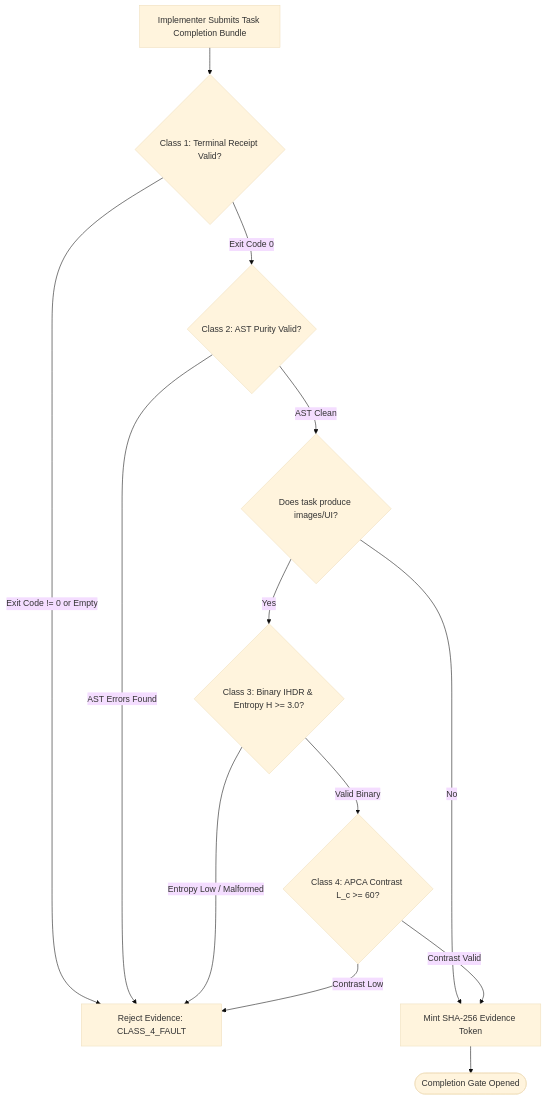
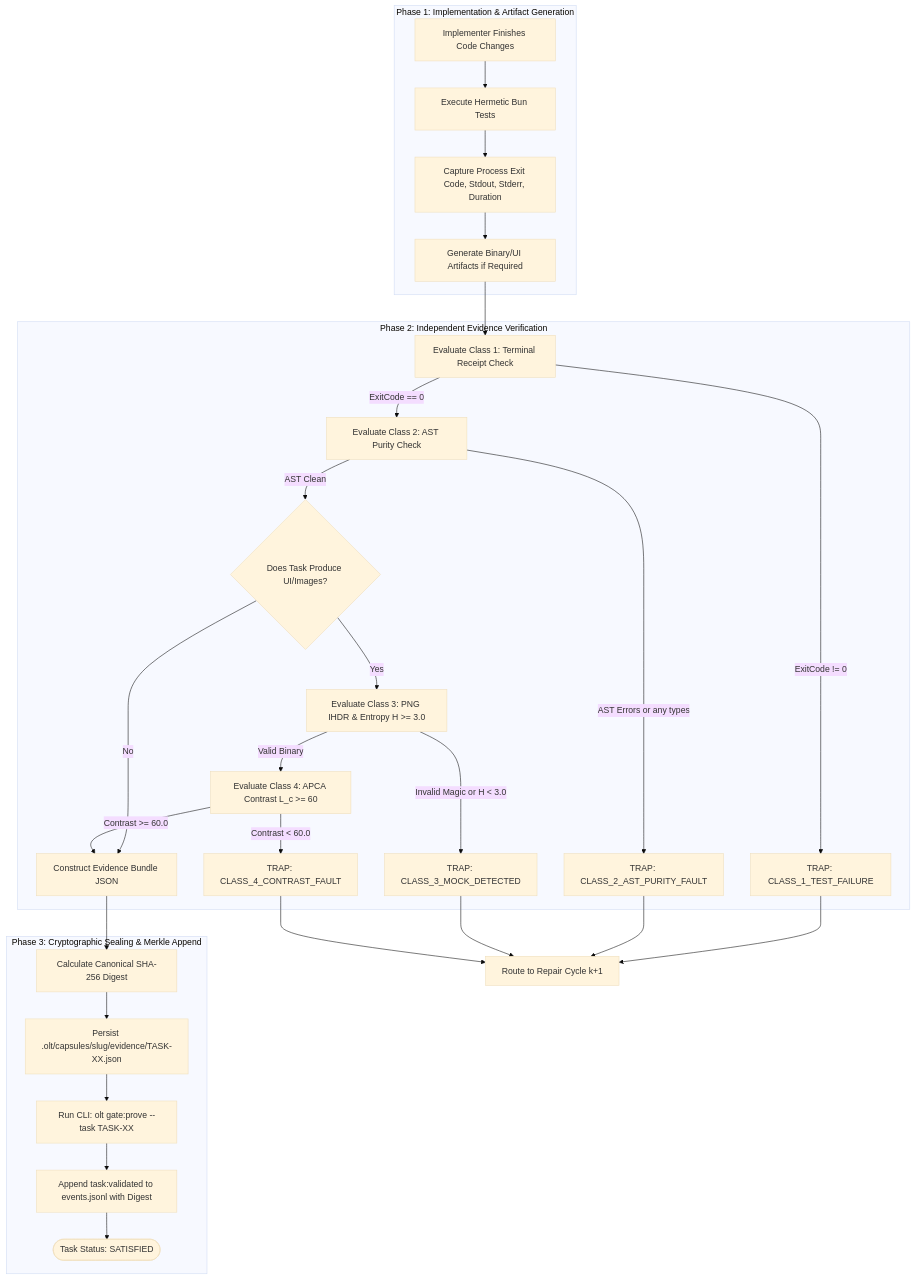
One commit to onurseckin/skills changed the diagram in docs/olt/architecture/09-falsifiable-evidence-gates/09-01-falsifiable-evidence-classes.md. Above: the diagram before and after it, drawn with Mermaid (base theme). The commit also changed other lines of this file and 83 other files, not shown here.

````diff
--- a/docs/olt/architecture/09-falsifiable-evidence-gates/09-01-falsifiable-evidence-classes.md
+++ b/docs/olt/architecture/09-falsifiable-evidence-gates/09-01-falsifiable-evidence-classes.md
@@ -52,20 +98,39 @@
 ```mermaid
 flowchart TD
-    TaskSubmission[Implementer Submits Task Completion Bundle] --> Class1Check{Class 1: Terminal Receipt Valid?}
-    Class1Check -->|Exit Code != 0 or Empty| Fail[Reject Evidence: CLASS_1_FAULT]
-    Class1Check -->|Exit Code 0| Class2Check{Class 2: AST Purity Valid?}
+    subgraph Execution["Phase 1: Implementation & Artifact Generation"]
+        A[Implementer Finishes Code Changes] --> B[Execute Hermetic Bun Tests]
+        B --> C[Capture Process Exit Code, Stdout, Stderr, Duration]
+        C --> D[Generate Binary/UI Artifacts if Required]
+    end
 
-    Class2Check -->|AST Errors Found| Fail[Reject Evidence: CLASS_2_FAULT]
-    Class2Check -->|AST Clean| ArtifactCheck{Does task produce images/UI?}
+    subgraph Verification["Phase 2: Independent Evidence Verification"]
+        D --> E[Evaluate Class 1: Terminal Receipt Check]
+        E -->|ExitCode != 0| F1[TRAP: CLASS_1_TEST_FAILURE]
+        E -->|ExitCode == 0| G[Evaluate Class 2: AST Purity Check]
 
-    ArtifactCheck -->|No| SignProof[Mint SHA-256 Evidence Token]
-    ArtifactCheck -->|Yes| Class3Check{Class 3: Binary IHDR & Entropy H >= 3.0?}
+        G -->|AST Errors or any types| F2[TRAP: CLASS_2_AST_PURITY_FAULT]
+        G -->|AST Clean| H{Does Task Produce UI/Images?}
 
-    Class3Check -->|Entropy Low / Malformed| Fail[Reject Evidence: CLASS_3_FAULT]
-    Class3Check -->|Valid Binary| Class4Check{Class 4: APCA Contrast L_c >= 60?}
+        H -->|No| K[Construct Evidence Bundle JSON]
+        H -->|Yes| I[Evaluate Class 3: PNG IHDR & Entropy H >= 3.0]
 
-    Class4Check -->|Contrast Low| Fail[Reject Evidence: CLASS_4_FAULT]
-    Class4Check -->|Contrast Valid| SignProof
+        I -->|Invalid Magic or H < 3.0| F3[TRAP: CLASS_3_MOCK_DETECTED]
+        I -->|Valid Binary| J[Evaluate Class 4: APCA Contrast L_c >= 60]
 
-    SignProof --> GatePass([Completion Gate Opened])
+        J -->|Contrast < 60.0| F4[TRAP: CLASS_4_CONTRAST_FAULT]
+        J -->|Contrast >= 60.0| K
+    end
+
+    subgraph Sealing["Phase 3: Cryptographic Sealing & Merkle Append"]
+        K --> L[Calculate Canonical SHA-256 Digest]
+        L --> M[Persist .olt/capsules/slug/evidence/TASK-XX.json]
+        M --> N[Run CLI: olt gate:prove --task TASK-XX]
+        N --> O[Append task:validated to events.jsonl with Digest]
+        O --> P([Task Status: SATISFIED])
+    end
+
+    F1 --> R[Route to Repair Cycle k+1]
+    F2 --> R
+    F3 --> R
+    F4 --> R
 ```
````
